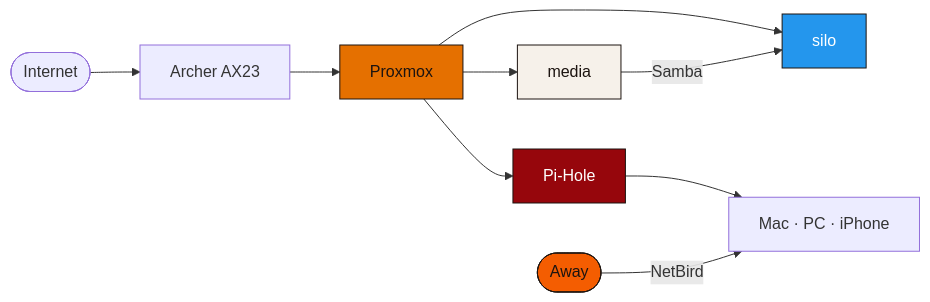
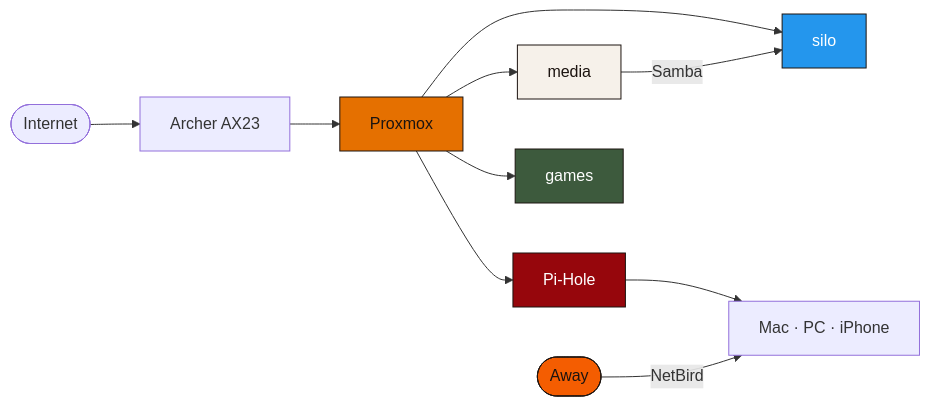
Before and after one commit to IvanITD/personal-home-server: the diagram in README.md, drawn with Mermaid. The commit also changed other lines of this file, not shown here.

````diff
--- a/README.md
+++ b/README.md
@@ -74,17 +84,19 @@
 ```mermaid
 flowchart LR
   wan([Internet]) --> router[Archer AX23]
   router --> pve[Proxmox]
   pve --> media[media]
   pve --> silo[silo]
   pve --> dns[Pi-Hole]
+  pve --> games[games]
   media -->|Samba| silo
   dns --> people[Mac · PC · iPhone]
   away([Away]) -->|NetBird| people
 
   style pve fill:#E57000,stroke:#1C1410,color:#1C1410
   style silo fill:#2496ED,stroke:#1C1410,color:#fff
   style media fill:#F6F1EA,stroke:#1C1410,color:#1C1410
   style dns fill:#96060C,stroke:#1C1410,color:#fff
+  style games fill:#3D5A3D,stroke:#1C1410,color:#fff
   style away fill:#F45D01,stroke:#1C1410,color:#1C1410
 ```
````
